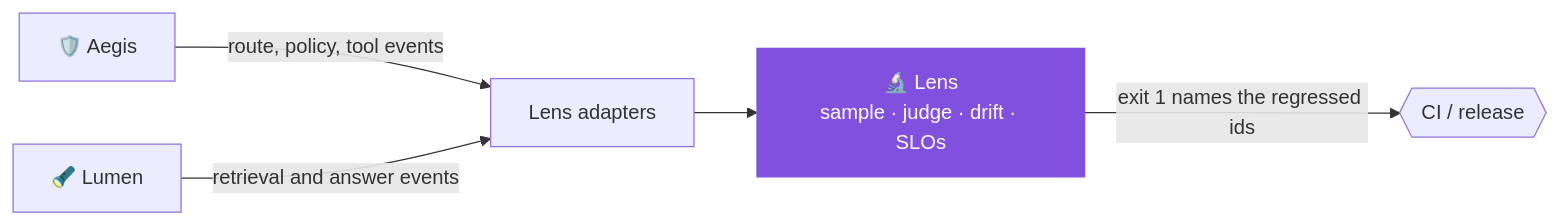
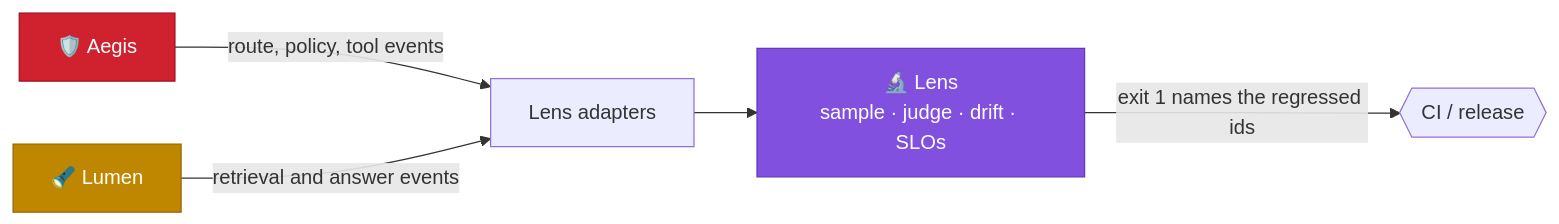
The third of 3 diagrams in lens/README.md (kumarlakshya24/enterprise-ai-platform), drawn with Mermaid before and after one commit. The commit also changed 9 other files, not shown here.

First line of the commit message:
docs: one colour per project across every architecture diagram (#11)

````diff
--- a/lens/README.md
+++ b/lens/README.md
@@ -296,8 +296,16 @@
 ```mermaid
 flowchart LR
   AEG[🛡️ Aegis] -- "route, policy, tool events" --> AD[Lens adapters]
   LUM[🔦 Lumen] -- "retrieval and answer events" --> AD
   AD --> L[🔬 Lens<br/>sample · judge · drift · SLOs]
   L -- "exit 1 names the regressed ids" --> CI{{CI / release}}
-  style L fill:#8250df,color:#fff,stroke:#8250df
+  classDef aegis fill:#cf222e,stroke:#a40e26,color:#fff
+  classDef switchboard fill:#0969da,stroke:#0550ae,color:#fff
+  classDef lumen fill:#bf8700,stroke:#9a6700,color:#fff
+  classDef atlas fill:#1a7f37,stroke:#116329,color:#fff
+  classDef forge fill:#bc4c00,stroke:#953800,color:#fff
+  classDef lens fill:#8250df,stroke:#6639ba,color:#fff
+  class AEG aegis
+  class LUM lumen
+  class L lens
 ```
````
